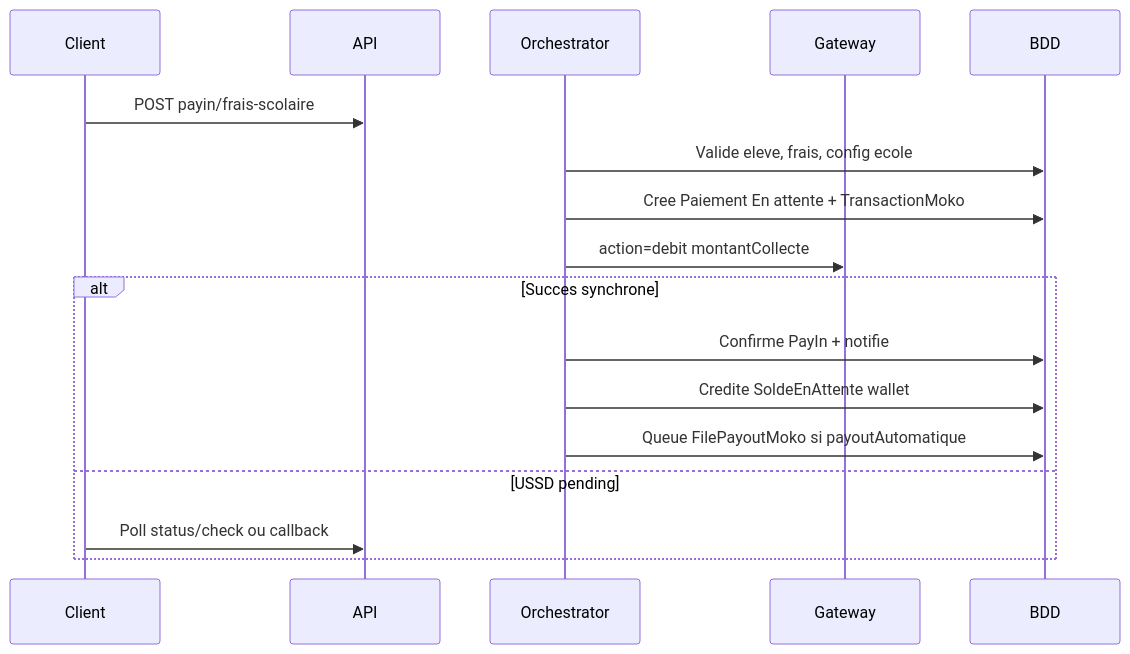
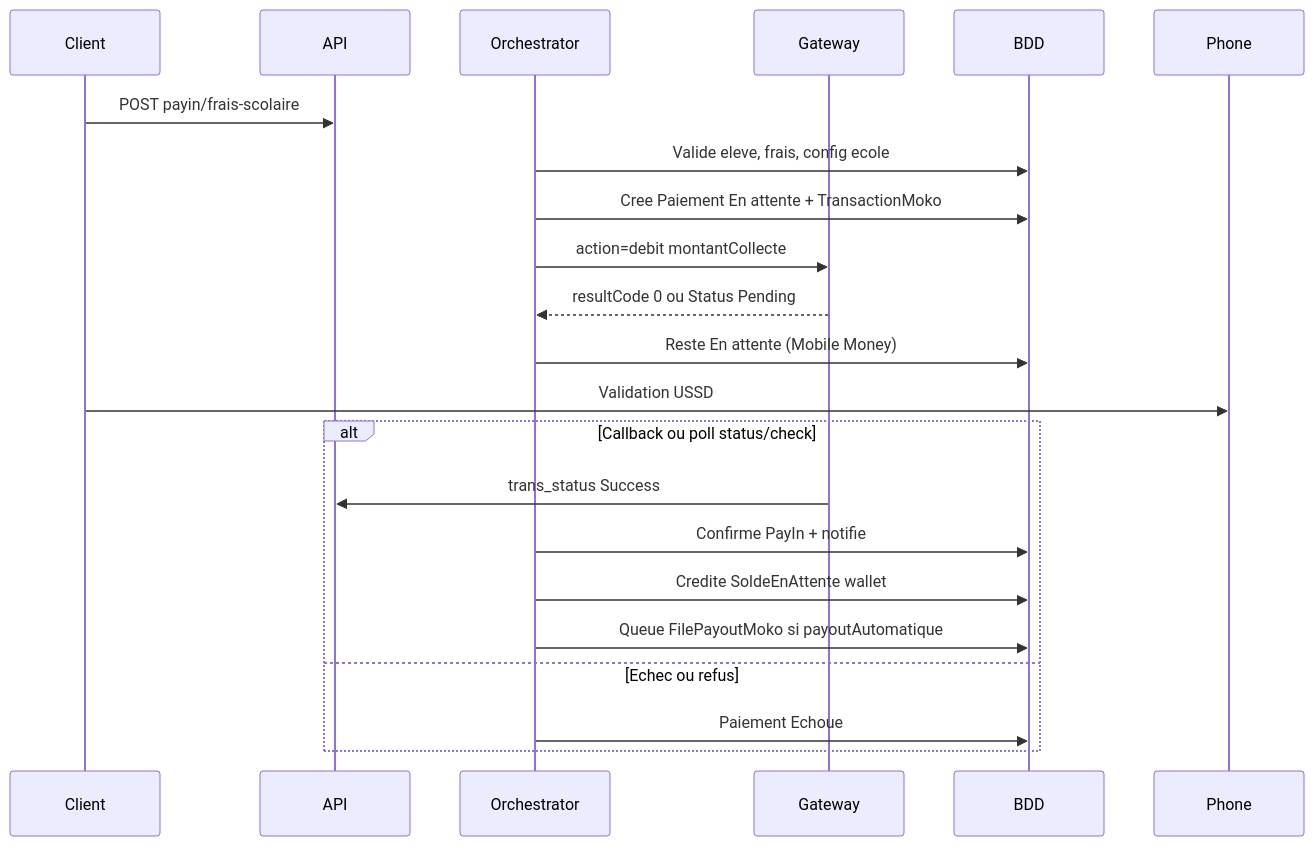
Before and after one commit to jktechrepository/KelasiNaBisoAPI: the second of 2 diagrams in DOCUMENTATION_ANALYSE_MOKOAFRIKA.md, drawn with Mermaid. The commit also changed other lines of this file and 84 other files, not shown here.

````diff
--- a/DOCUMENTATION_ANALYSE_MOKOAFRIKA.md
+++ b/DOCUMENTATION_ANALYSE_MOKOAFRIKA.md
@@ -165,20 +165,24 @@
 ```mermaid
 sequenceDiagram
     participant Client
     participant API
     participant Orch as Orchestrator
     participant GW as Gateway
     participant DB as BDD
 
     Client->>API: POST payin/frais-scolaire
     Orch->>DB: Valide eleve, frais, config ecole
     Orch->>DB: Cree Paiement En attente + TransactionMoko
     Orch->>GW: action=debit montantCollecte
-    alt Succes synchrone
+    GW-->>Orch: resultCode 0 ou Status Pending
+    Orch->>DB: Reste En attente (Mobile Money)
+    Client->>Phone: Validation USSD
+    alt Callback ou poll status/check
+        GW->>API: trans_status Success
         Orch->>DB: Confirme PayIn + notifie
         Orch->>DB: Credite SoldeEnAttente wallet
         Orch->>DB: Queue FilePayoutMoko si payoutAutomatique
-    else USSD pending
-        Client->>API: Poll status/check ou callback
+    else Echec ou refus
+        Orch->>DB: Paiement Echoue
     end
 ```
````
